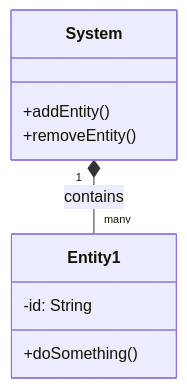
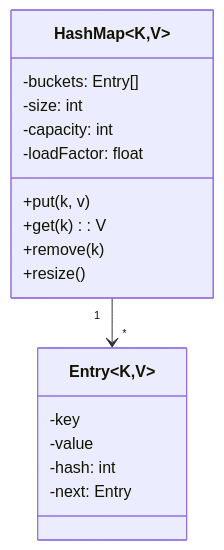
One commit to pidwid/InterviewPrepHub changed the diagram in Notes/LowLevelDesign/Solutions/Solution-OOD-Hashmap.md. Above: the diagram before and after it, drawn with Mermaid. The commit also changed other lines of this file and 5 other files, not shown here.

````diff
--- a/Notes/LowLevelDesign/Solutions/Solution-OOD-Hashmap.md
+++ b/Notes/LowLevelDesign/Solutions/Solution-OOD-Hashmap.md
@@ -25,12 +41,20 @@
 ```mermaid
 classDiagram
-    class System {
-        +addEntity()
-        +removeEntity()
-    }
-    class Entity1 {
-        -id: String
-        +doSomething()
-    }
-    System "1" *-- "many" Entity1 : contains
+  class HashMap~K,V~ {
+    -buckets: Entry[]
+    -size: int
+    -capacity: int
+    -loadFactor: float
+    +put(k, v)
+    +get(k): V
+    +remove(k)
+    +resize()
+  }
+  class Entry~K,V~ {
+    -key
+    -value
+    -hash: int
+    -next: Entry
+  }
+  HashMap "1" --> "*" Entry
 ```
````
